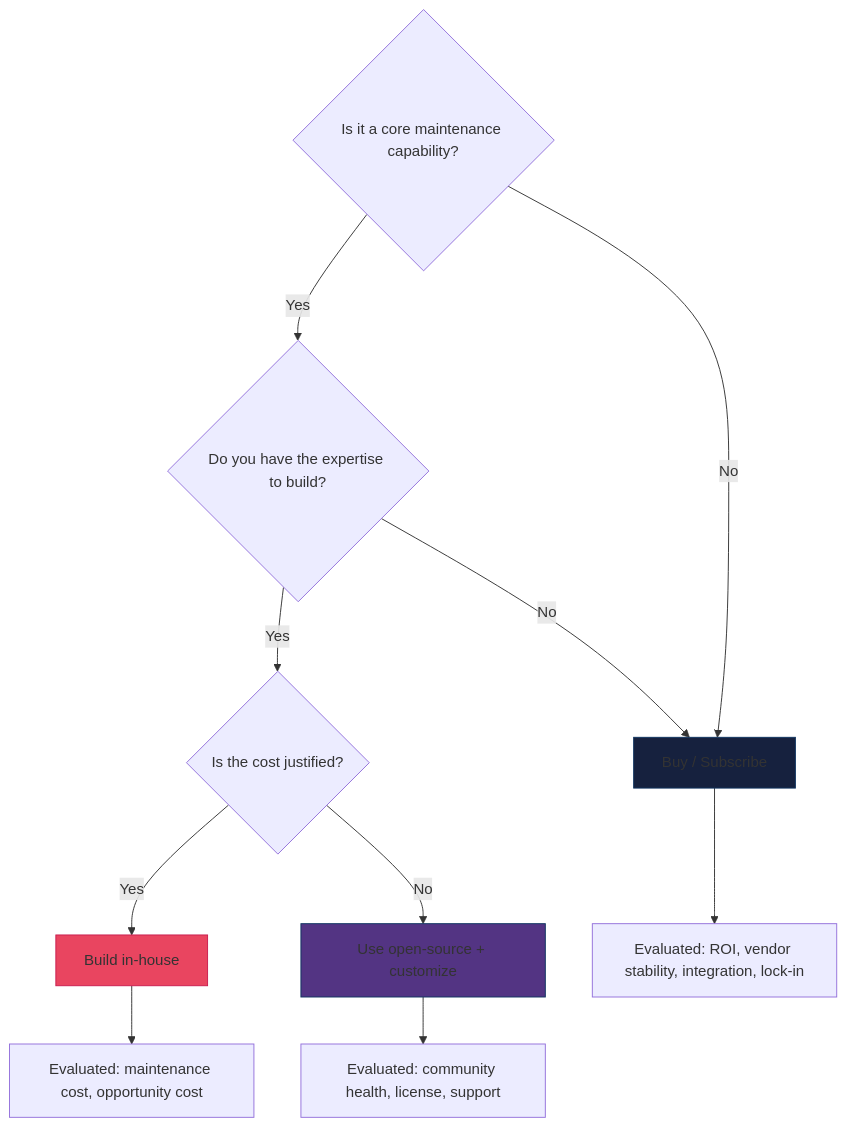
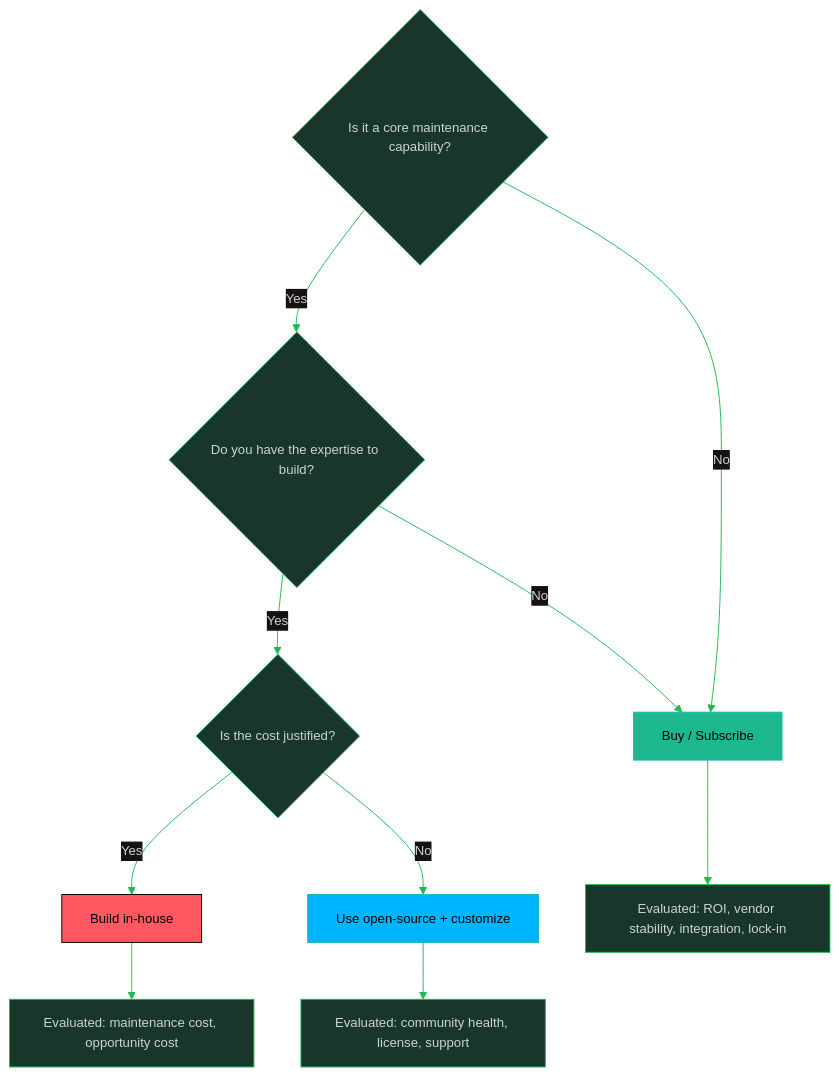
The eighth of 8 diagrams in software-engineering-note/07_Software_Maintenance/09_Maintenance_Tools_and_Techniques.md (oat431/swe-knowledge), drawn with Mermaid before and after one commit. The commit also changed other lines of this file and 10 other files, not shown here.

````diff
--- a/software-engineering-note/07_Software_Maintenance/09_Maintenance_Tools_and_Techniques.md
+++ b/software-engineering-note/07_Software_Maintenance/09_Maintenance_Tools_and_Techniques.md
@@ -559,20 +566,21 @@
 ```mermaid
+%%{init: {'theme':'base','themeVariables':{'primaryColor':'#19362D','primaryTextColor':'#CDD3D1','primaryBorderColor':'#1FB854','lineColor':'#1FB854','secondaryColor':'#161212','tertiaryColor':'#1B1717','background':'#1B1717','mainBkg':'#19362D','nodeBorder':'#1FB854','clusterBkg':'#161212','clusterBorder':'#19362D','titleColor':'#1FB854','edgeLabelBackground':'#161212','fontSize':'14px'}}}%%
 flowchart TD
     Q1{Is it a core maintenance capability?}
     Q1 -->|Yes| Q2{Do you have the expertise to build?}
     Q1 -->|No| BUY[Buy / Subscribe]
     
     Q2 -->|Yes| Q3{Is the cost justified?}
     Q2 -->|No| BUY
     
     Q3 -->|Yes| BUILD[Build in-house]
     Q3 -->|No| OPEN[Use open-source + customize]
     
     BUY --> EVAL[Evaluated: ROI, vendor stability, integration, lock-in]
     BUILD --> EVAL2[Evaluated: maintenance cost, opportunity cost]
     OPEN --> EVAL3[Evaluated: community health, license, support]
     
-    style BUY fill:#16213e,stroke:#0f3460
-    style BUILD fill:#e94560,stroke:#c81d4e
-    style OPEN fill:#533483,stroke:#0f3460
+    style BUY fill:#1EB88E,stroke:#1FB8AB,color:#000000
+    style BUILD fill:#FF5861,stroke:#000000,color:#000000
+    style OPEN fill:#00B5FF,stroke:#1FB8AB,color:#000000
 ```
````
